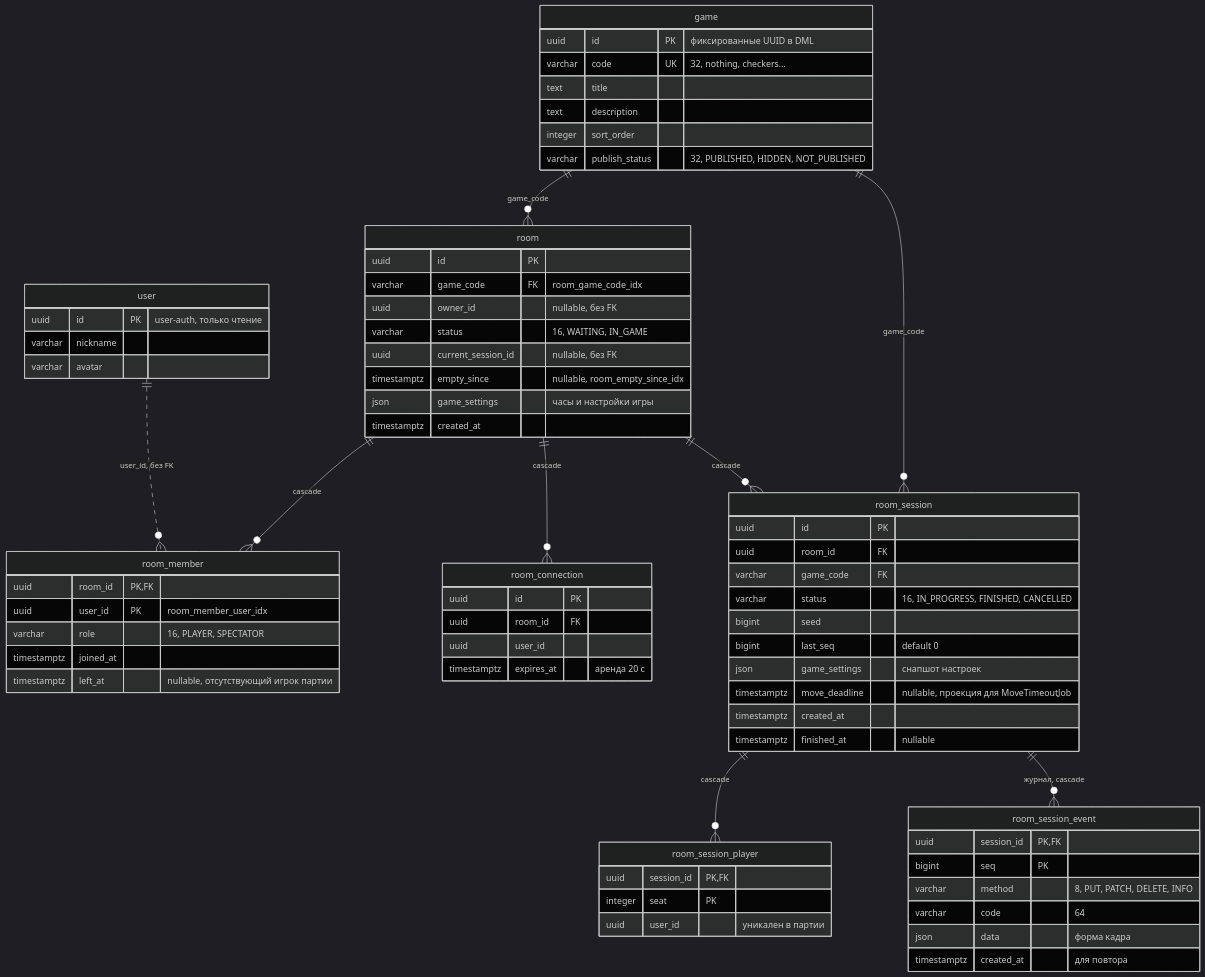
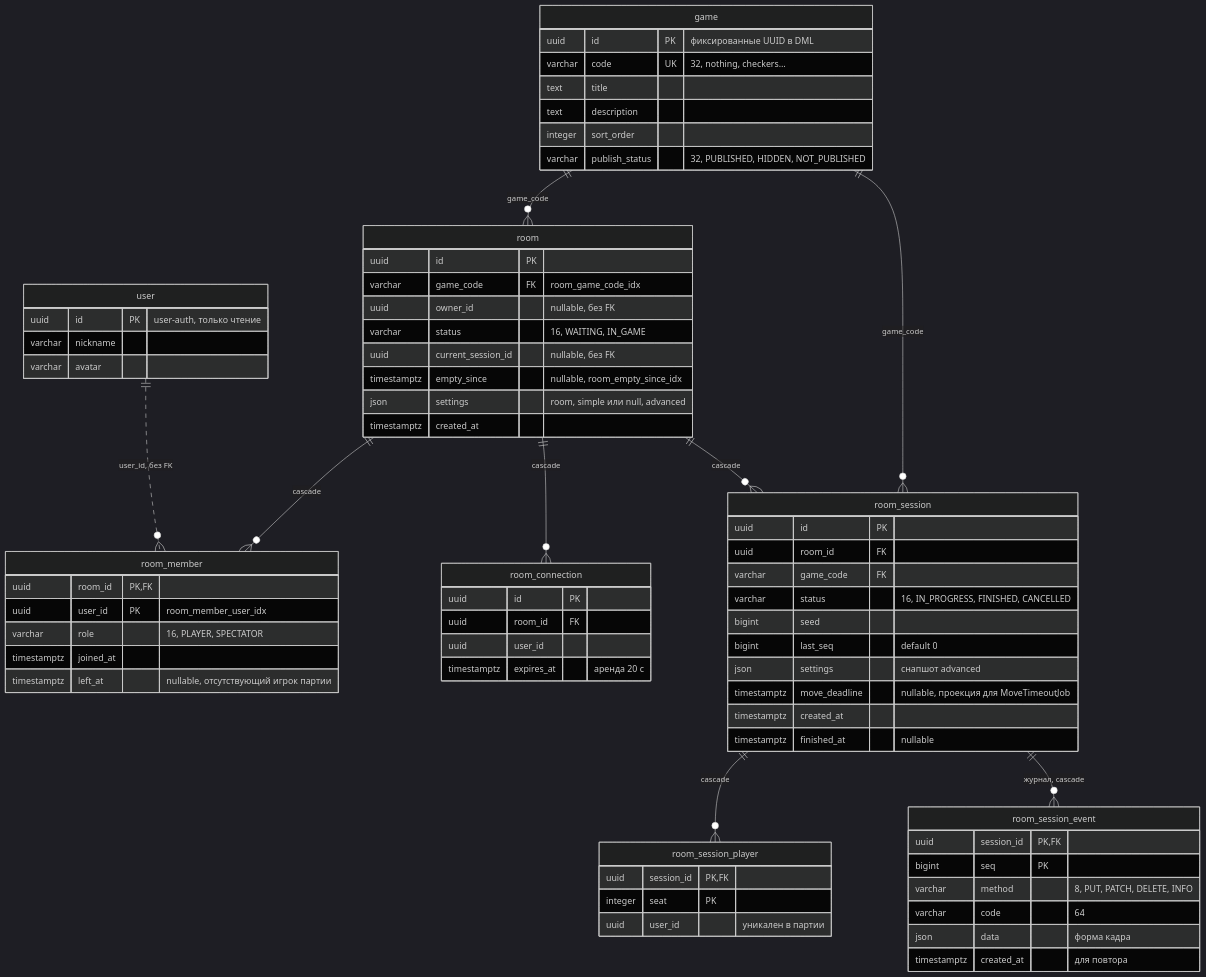
One commit to qwe3qwe3lott/qgames-workspace changed the diagram in adr/erd/game.md. Above: the diagram before and after it, drawn with Mermaid (dark theme). The commit also changed other lines of this file and 12 other files, not shown here.

````diff
--- a/adr/erd/game.md
+++ b/adr/erd/game.md
@@ -5,73 +5,73 @@
 ```mermaid
 erDiagram
   game {
     uuid id PK "фиксированные UUID в DML"
     varchar code UK "32, nothing, checkers…"
     text title
     text description
     integer sort_order
     varchar publish_status "32, PUBLISHED, HIDDEN, NOT_PUBLISHED"
   }
   room {
     uuid id PK
     varchar game_code FK "room_game_code_idx"
     uuid owner_id "nullable, без FK"
     varchar status "16, WAITING, IN_GAME"
     uuid current_session_id "nullable, без FK"
     timestamptz empty_since "nullable, room_empty_since_idx"
-    json game_settings "часы и настройки игры"
+    json settings "room, simple или null, advanced"
     timestamptz created_at
   }
   room_member {
     uuid room_id PK, FK
     uuid user_id PK "room_member_user_idx"
     varchar role "16, PLAYER, SPECTATOR"
     timestamptz joined_at
     timestamptz left_at "nullable, отсутствующий игрок партии"
   }
   room_connection {
     uuid id PK
     uuid room_id FK
     uuid user_id
     timestamptz expires_at "аренда 20 с"
   }
   room_session {
     uuid id PK
     uuid room_id FK
     varchar game_code FK
     varchar status "16, IN_PROGRESS, FINISHED, CANCELLED"
     bigint seed
     bigint last_seq "default 0"
-    json game_settings "снапшот настроек"
+    json settings "снапшот advanced"
     timestamptz move_deadline "nullable, проекция для MoveTimeoutJob"
     timestamptz created_at
     timestamptz finished_at "nullable"
   }
   room_session_player {
     uuid session_id PK, FK
     integer seat PK
     uuid user_id "уникален в партии"
   }
   room_session_event {
     uuid session_id PK, FK
     bigint seq PK
     varchar method "8, PUT, PATCH, DELETE, INFO"
     varchar code "64"
     json data "форма кадра"
     timestamptz created_at "для повтора"
   }
   user {
     uuid id PK "user-auth, только чтение"
     varchar nickname
     varchar avatar
   }
 
   game ||--o{ room : "game_code"
   game ||--o{ room_session : "game_code"
   room ||--o{ room_member : "cascade"
   room ||--o{ room_connection : "cascade"
   room ||--o{ room_session : "cascade"
   room_session ||--o{ room_session_player : "cascade"
   room_session ||--o{ room_session_event : "журнал, cascade"
   user ||..o{ room_member : "user_id, без FK"
 ```
````
